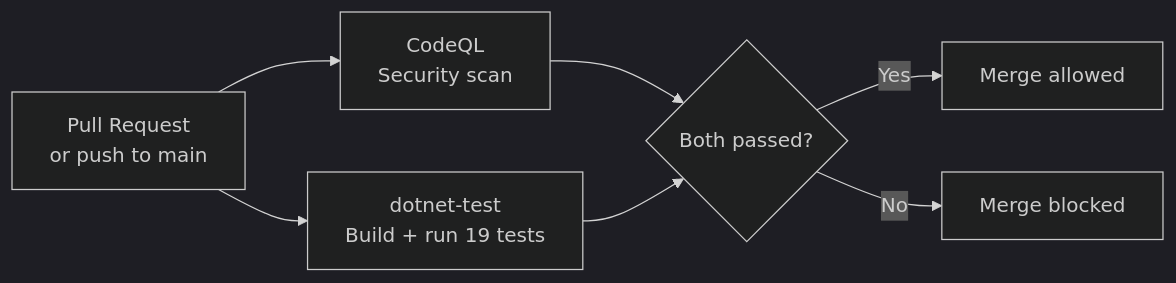
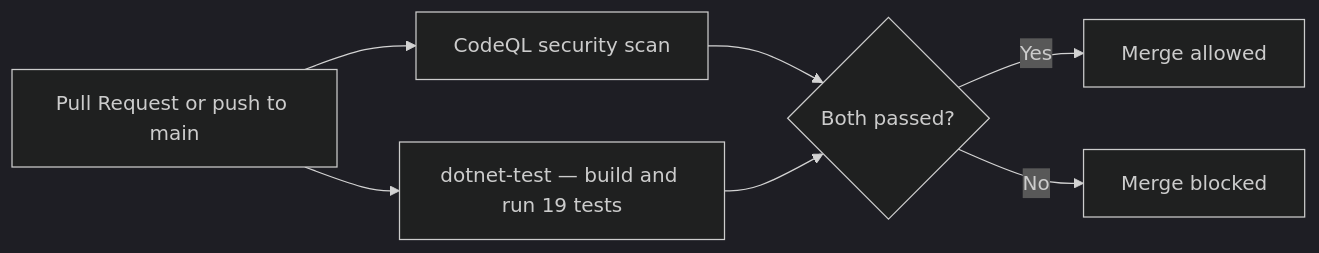
One commit to Amith-Ganta/room-reservation-system changed the tenth of 10 diagrams in README.md. Above: the diagram before and after it, drawn with Mermaid (dark theme). The commit also changed other lines of this file and 1 other file, not shown here.

First line of the commit message:
fix: remove \n from all mermaid diagrams for GitHub rendering

````diff
--- a/README.md
+++ b/README.md
@@ -327,13 +331,13 @@
 ```mermaid
 flowchart LR
-    PR["Pull Request\nor push to main"] --> CQ & DT
+    PR["Pull Request or push to main"] --> CQ & DT
 
-    CQ["CodeQL\nSecurity scan"]
-    DT["dotnet-test\nBuild + run 19 tests"]
+    CQ["CodeQL security scan"]
+    DT["dotnet-test — build and run 19 tests"]
 
     CQ --> GATE
     DT --> GATE
     GATE{"Both passed?"}
     GATE -- Yes --> MERGE["Merge allowed"]
     GATE -- No --> BLOCK["Merge blocked"]
 ```
````
